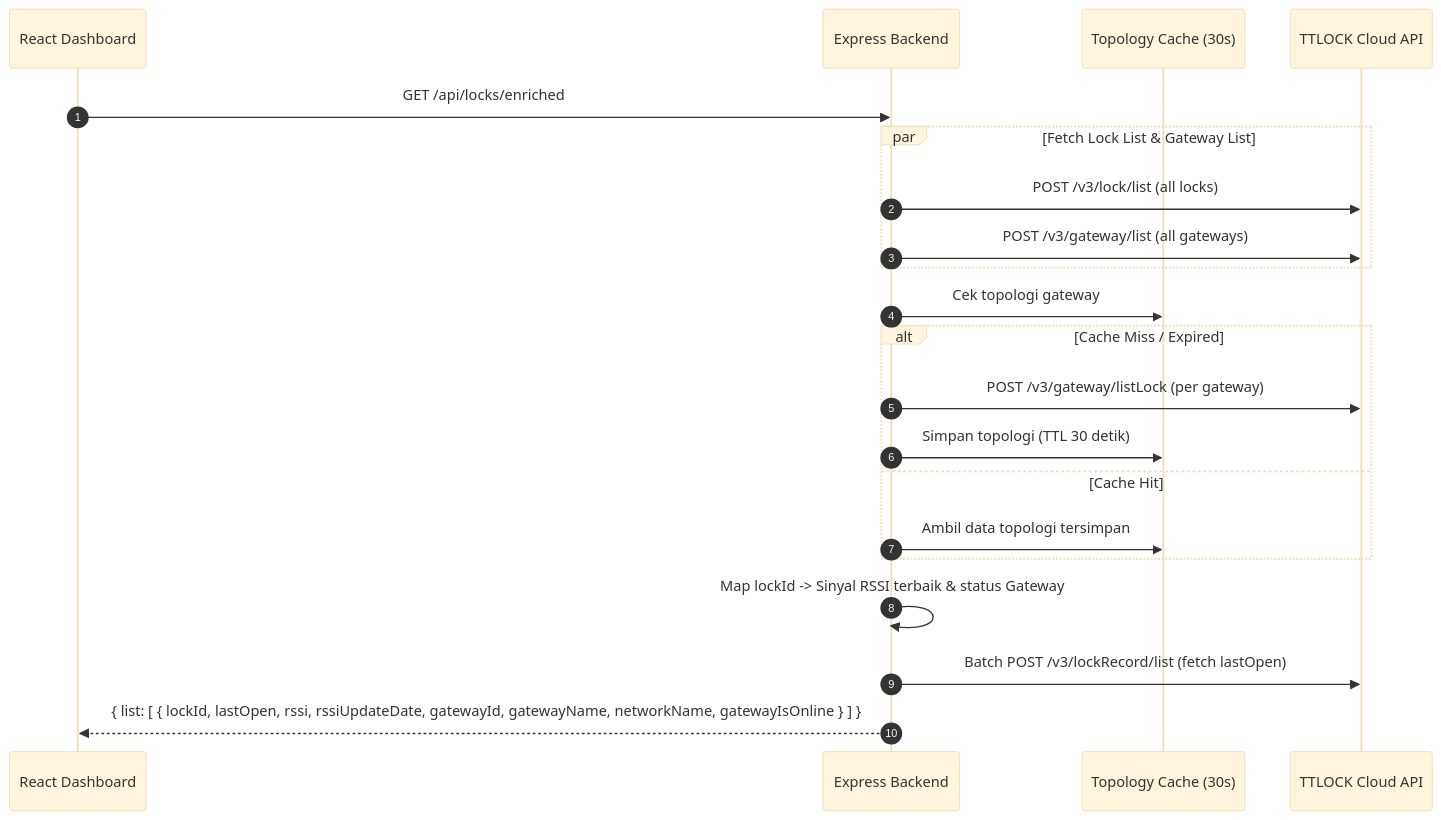
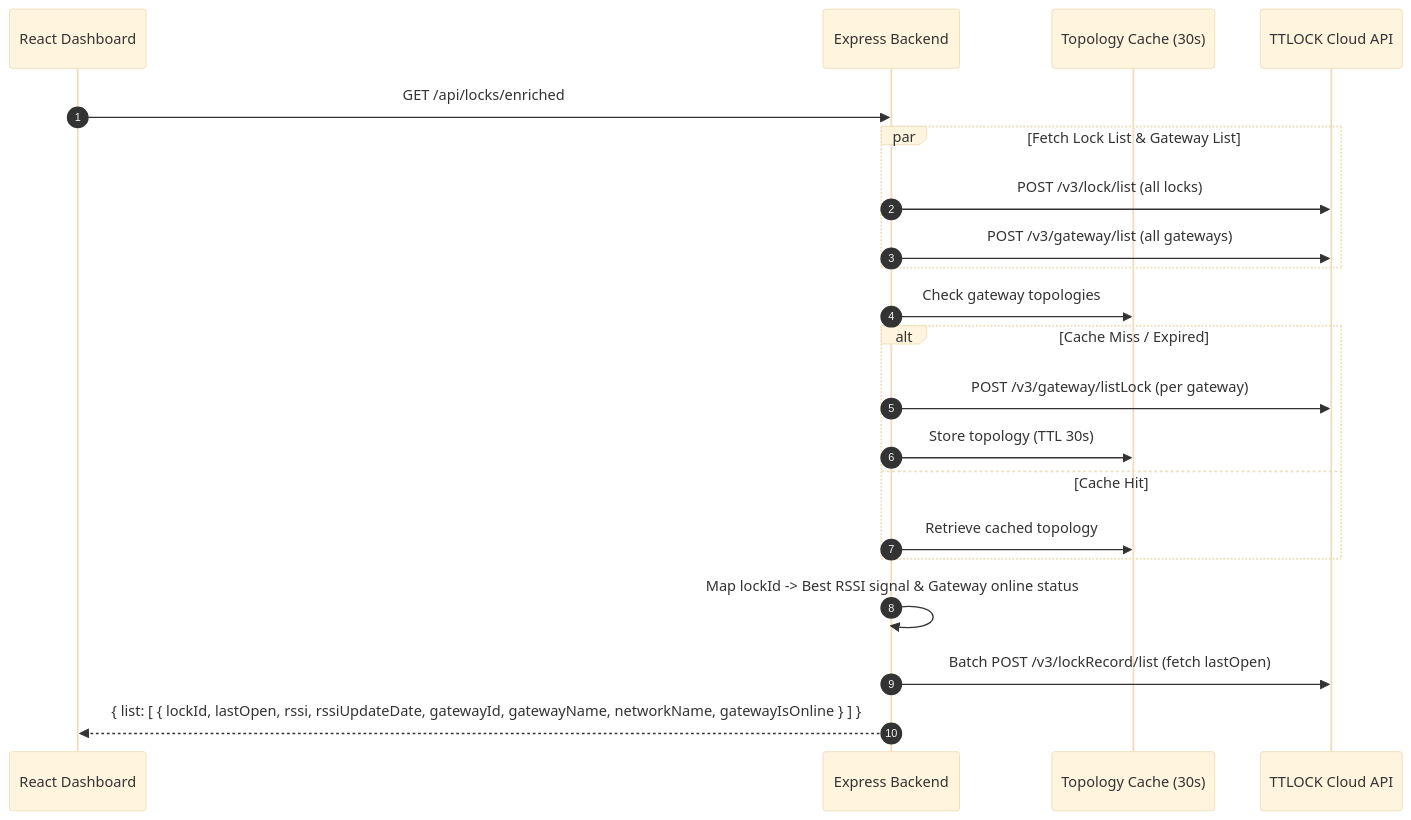
Before and after one commit to helmipradita/ttlock-dashboard: the fourth of 7 diagrams in docs/ARCHITECTURE.md, drawn with Mermaid (base theme). The commit also changed other lines of this file and 9 other files, not shown here.

````diff
--- a/docs/ARCHITECTURE.md
+++ b/docs/ARCHITECTURE.md
@@ -105,24 +105,24 @@
 ```mermaid
 sequenceDiagram
     autonumber
     participant Client as React Dashboard
     participant Backend as Express Backend
     participant Cache as Topology Cache (30s)
     participant TTLock as TTLOCK Cloud API
 
     Client->>Backend: GET /api/locks/enriched
     par Fetch Lock List & Gateway List
         Backend->>TTLock: POST /v3/lock/list (all locks)
         Backend->>TTLock: POST /v3/gateway/list (all gateways)
     end
-    Backend->>Cache: Cek topologi gateway
+    Backend->>Cache: Check gateway topologies
     alt Cache Miss / Expired
         Backend->>TTLock: POST /v3/gateway/listLock (per gateway)
-        Backend->>Cache: Simpan topologi (TTL 30 detik)
+        Backend->>Cache: Store topology (TTL 30s)
     else Cache Hit
-        Backend->>Cache: Ambil data topologi tersimpan
+        Backend->>Cache: Retrieve cached topology
     end
-    Backend->>Backend: Map lockId -> Sinyal RSSI terbaik & status Gateway
+    Backend->>Backend: Map lockId -> Best RSSI signal & Gateway online status
     Backend->>TTLock: Batch POST /v3/lockRecord/list (fetch lastOpen)
     Backend-->>Client: { list: [ { lockId, lastOpen, rssi, rssiUpdateDate, gatewayId, gatewayName, networkName, gatewayIsOnline } ] }
 ```
````
